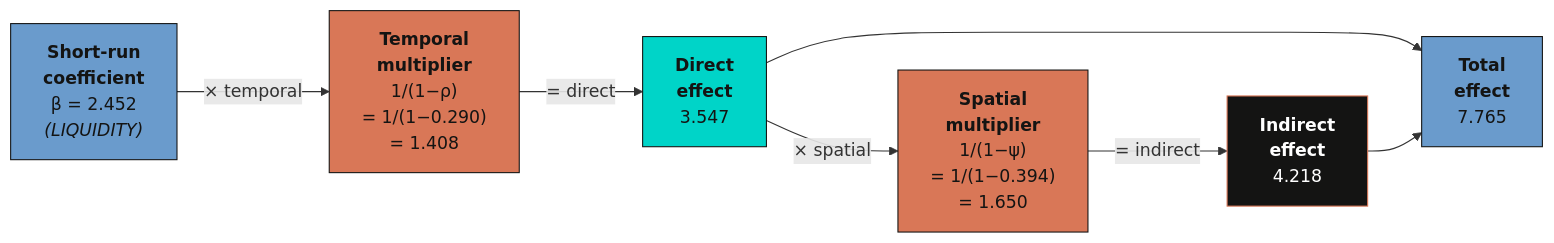
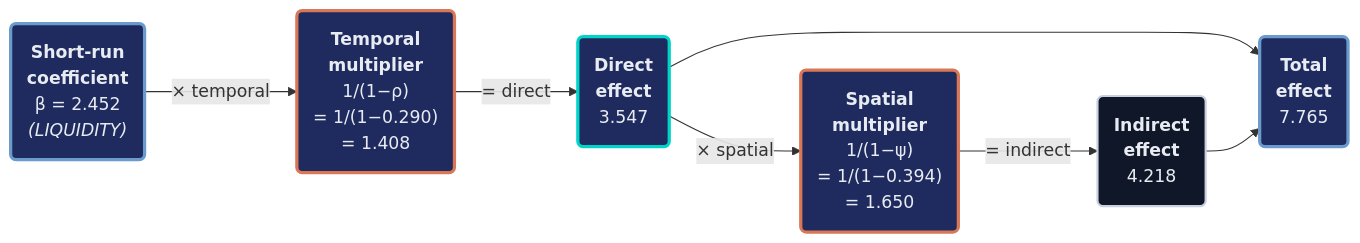
The third of 4 diagrams in content/post/stata_spxtivdfreg/index.md (cmg777/starter-academic-v501), drawn with Mermaid before and after one commit. The commit also changed other lines of this file and 10 other files, not shown here.

First line of the commit message:
content(mermaid): restyle flowcharts in Stata posts (batch 2 of 2) and the EM publication (EN/ES/JA); add log

````diff
--- a/content/post/stata_spxtivdfreg/index.md
+++ b/content/post/stata_spxtivdfreg/index.md
@@ -562,23 +566,24 @@
 ```mermaid
 graph LR
-    B["<b>Short-run<br/>coefficient</b><br/>β = 2.452<br/><i>(LIQUIDITY)</i>"]
-    T["<b>Temporal<br/>multiplier</b><br/>1/(1−ρ)<br/>= 1/(1−0.290)<br/>= 1.408"]
-    D["<b>Direct<br/>effect</b><br/>3.547"]
-    S["<b>Spatial<br/>multiplier</b><br/>1/(1−ψ)<br/>= 1/(1−0.394)<br/>= 1.650"]
-    I["<b>Indirect<br/>effect</b><br/>4.218"]
-    Tot["<b>Total<br/>effect</b><br/>7.765"]
+    B("<b>Short-run<br/>coefficient</b><br/>β = 2.452<br/><i>(LIQUIDITY)</i>")
+    T("<b>Temporal<br/>multiplier</b><br/>1/(1−ρ)<br/>= 1/(1−0.290)<br/>= 1.408")
+    D("<b>Direct<br/>effect</b><br/>3.547")
+    S("<b>Spatial<br/>multiplier</b><br/>1/(1−ψ)<br/>= 1/(1−0.394)<br/>= 1.650")
+    I("<b>Indirect<br/>effect</b><br/>4.218")
+    Tot("<b>Total<br/>effect</b><br/>7.765")
 
     B -->|"× temporal"| T
     T -->|"= direct"| D
     D -->|"× spatial"| S
     S -->|"= indirect"| I
     D --> Tot
     I --> Tot
-
-    style B fill:#6a9bcc,stroke:#141413,color:#141413
-    style T fill:#d97757,stroke:#141413,color:#141413
-    style D fill:#00d4c8,stroke:#141413,color:#141413
-    style S fill:#d97757,stroke:#141413,color:#141413
-    style I fill:#141413,stroke:#d97757,color:#fff
-    style Tot fill:#6a9bcc,stroke:#141413,color:#141413
+    classDef blue fill:#1f2b5e,stroke:#6a9bcc,stroke-width:3px,color:#e8ecf2
+    classDef orange fill:#1f2b5e,stroke:#d97757,stroke-width:3px,color:#e8ecf2
+    classDef teal fill:#1f2b5e,stroke:#00d4c8,stroke-width:3px,color:#e8ecf2
+    classDef anchor fill:#0f1729,stroke:#c8d0e0,stroke-width:2px,color:#e8ecf2
+    class B,Tot blue
+    class T,S orange
+    class D teal
+    class I anchor
 ```
````
